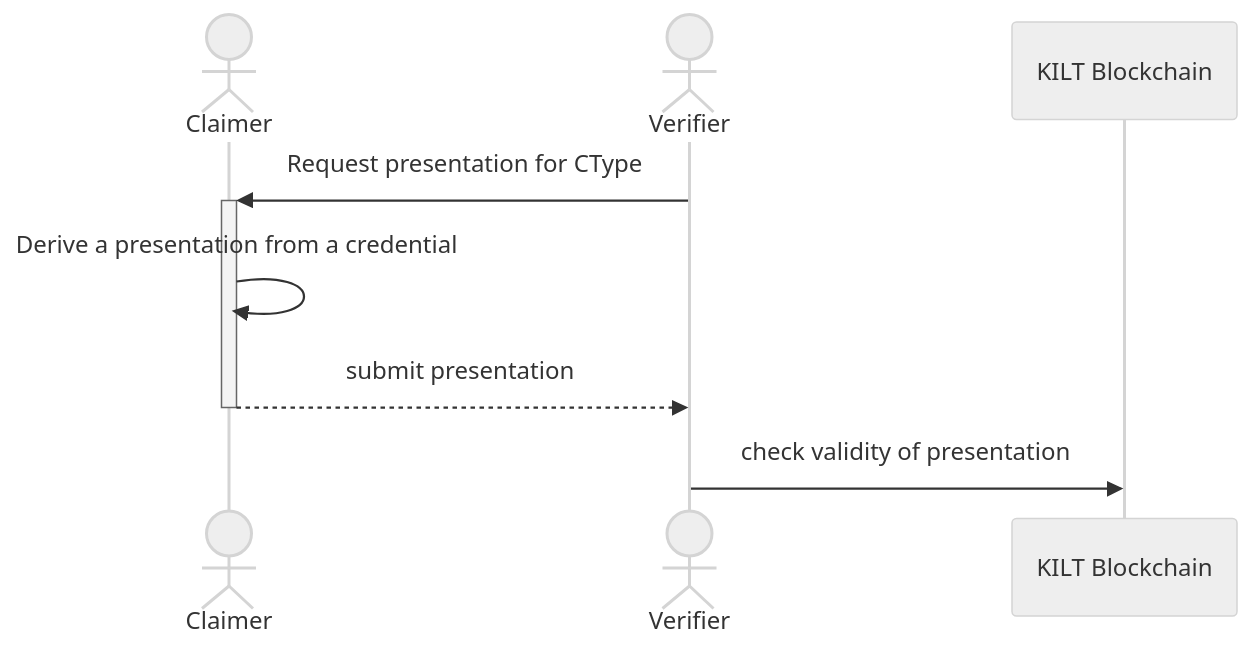
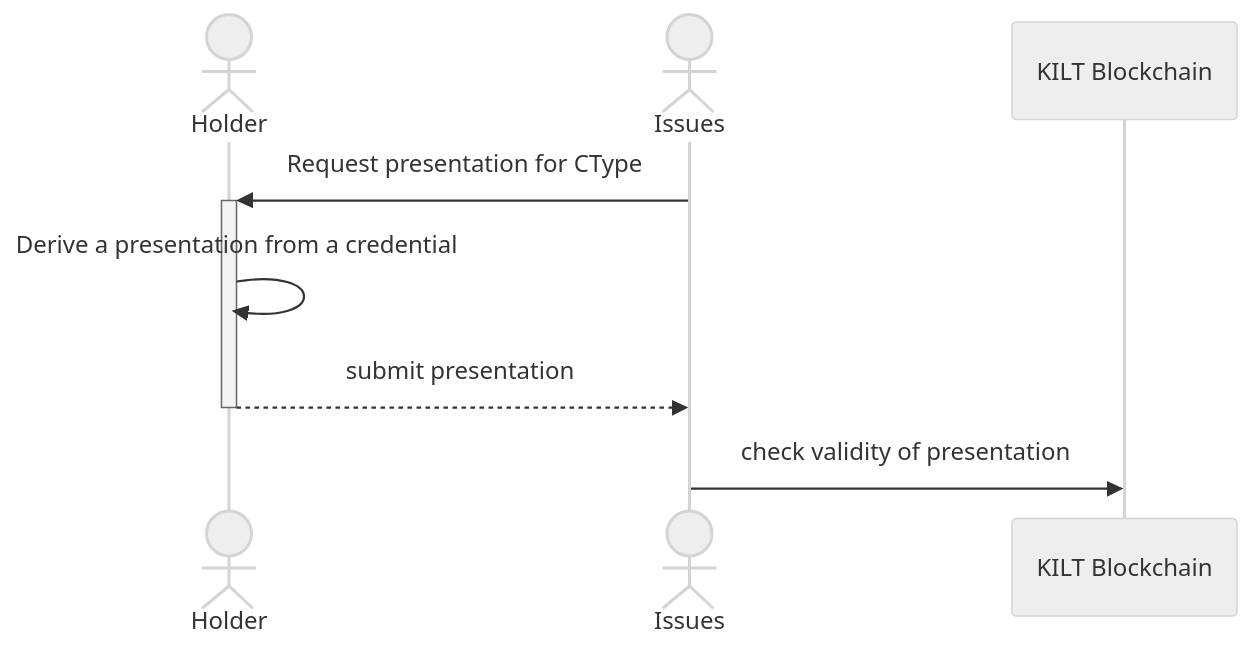
Before and after one commit to KILTprotocol/docs: the second of 2 diagrams in sdk/02_tutorial/03_overview.md, drawn with Mermaid (neutral theme). The commit also changed other lines of this file and 43 other files, not shown here.

````diff
--- a/sdk/02_tutorial/03_overview.md
+++ b/sdk/02_tutorial/03_overview.md
@@ -65,10 +65,10 @@
 ```mermaid
 sequenceDiagram
-actor C as Claimer
-actor V as Verifier
+actor C as Holder
+actor V as Issues
 participant B as KILT Blockchain
     V->>+C: Request presentation for CType
     C->>C: Derive a presentation from a credential
     C-->>-V: submit presentation
     V->>B: check validity of presentation
 ```
````
